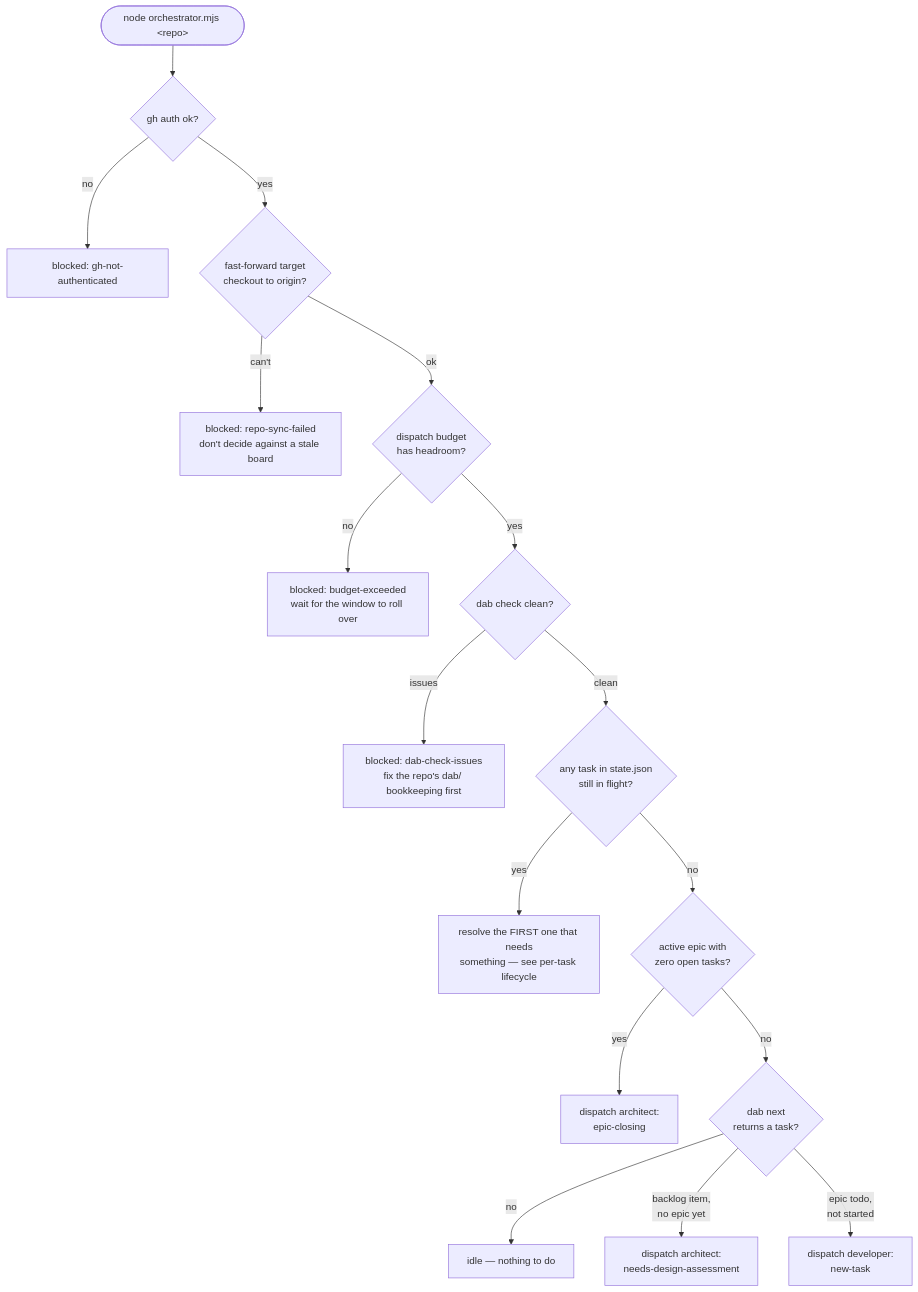
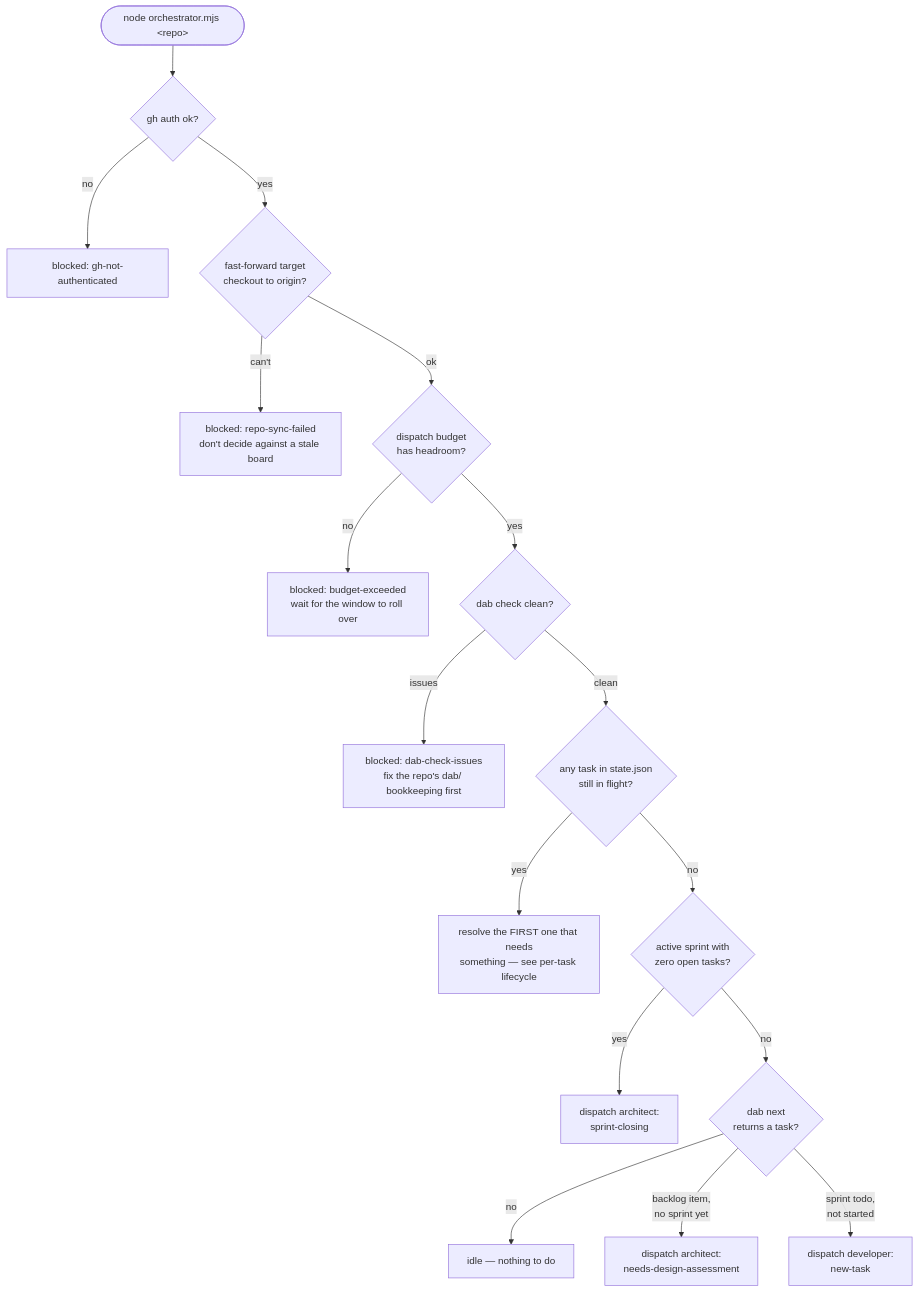
One commit to lszantho/factory changed the first of 2 diagrams in docs/architecture/STATE_MACHINE.md. Above: the diagram before and after it, drawn with Mermaid. The commit also changed other lines of this file and 7 other files, not shown here.

````diff
--- a/docs/architecture/STATE_MACHINE.md
+++ b/docs/architecture/STATE_MACHINE.md
@@ -13,19 +13,19 @@
 ```mermaid
 flowchart TD
     Start(["node orchestrator.mjs &lt;repo&gt;"]) --> A{gh auth ok?}
     A -- no --> BlockedAuth["blocked: gh-not-authenticated"]
     A -- yes --> S{fast-forward target<br/>checkout to origin?}
     S -- can't --> BlockedSync["blocked: repo-sync-failed<br/>don't decide against a stale board"]
     S -- ok --> B{dispatch budget<br/>has headroom?}
     B -- no --> BlockedBudget["blocked: budget-exceeded<br/>wait for the window to roll over"]
     B -- yes --> C{dab check clean?}
     C -- issues --> BlockedCheck["blocked: dab-check-issues<br/>fix the repo's dab/ bookkeeping first"]
     C -- clean --> D{any task in state.json<br/>still in flight?}
     D -- yes --> E["resolve the FIRST one that needs<br/>something — see per-task lifecycle"]
-    D -- no --> F{active epic with<br/>zero open tasks?}
-    F -- yes --> G["dispatch architect:<br/>epic-closing"]
+    D -- no --> F{active sprint with<br/>zero open tasks?}
+    F -- yes --> G["dispatch architect:<br/>sprint-closing"]
     F -- no --> H{dab next<br/>returns a task?}
     H -- no --> Idle["idle — nothing to do"]
-    H -- "backlog item,<br/>no epic yet" --> I["dispatch architect:<br/>needs-design-assessment"]
-    H -- "epic todo,<br/>not started" --> J["dispatch developer:<br/>new-task"]
+    H -- "backlog item,<br/>no sprint yet" --> I["dispatch architect:<br/>needs-design-assessment"]
+    H -- "sprint todo,<br/>not started" --> J["dispatch developer:<br/>new-task"]
 ```
````
